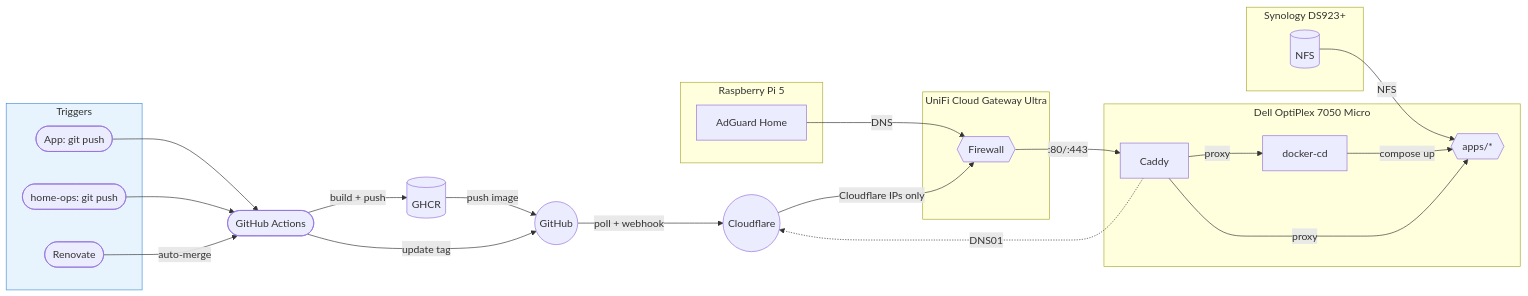
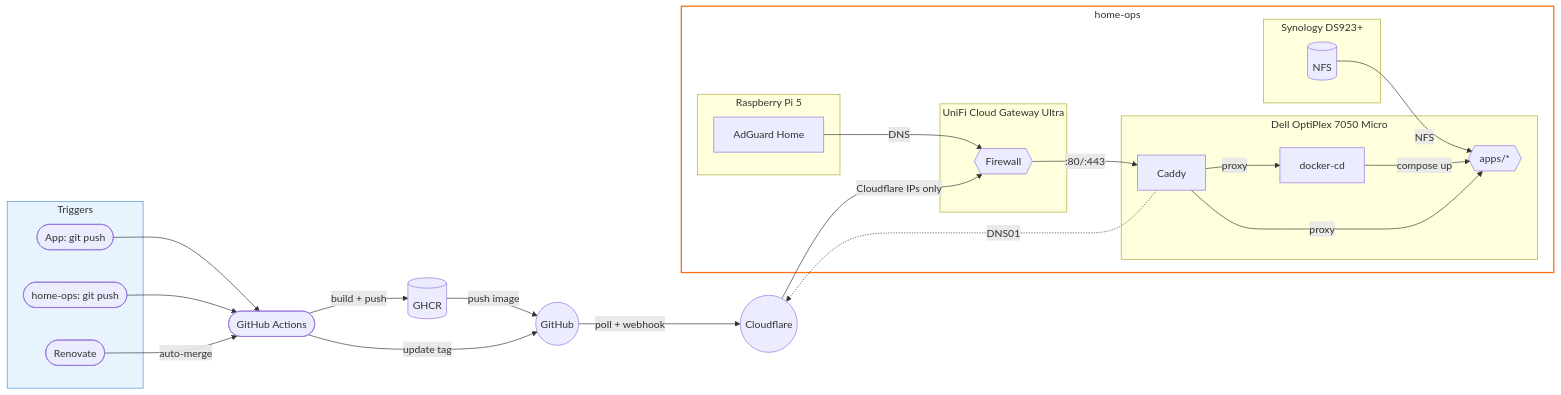
Before and after one commit to wajeht/home-ops: the diagram in README.md, drawn with Mermaid.

Commit message:
docs: visualize home-ops infrastructure with updated architecture diagram

````diff
--- a/README.md
+++ b/README.md
@@ -16,38 +16,42 @@
 ```mermaid
 flowchart LR
     subgraph triggers[Triggers]
         app_push([App: git push])
         ops_push([home-ops: git push])
         renovate([Renovate])
     end
 
     app_push --> ci([GitHub Actions]) -->|build + push| ghcr[(GHCR)]
     ghcr -->|push image| github((GitHub))
     ci -->|update tag| github
     ops_push --> ci
     renovate -->|auto-merge| ci
     github -->|poll + webhook| cf((Cloudflare)) -->|Cloudflare IPs only| unifi -->|:80/:443| caddy -->|proxy| docker_cd
 
-    subgraph dell[Dell OptiPlex 7050 Micro]
-        docker_cd[docker-cd] -->|compose up| apps{{apps/*}}
-        caddy[Caddy] -->|proxy| apps
+    subgraph homeops[home-ops]
+        subgraph dell[Dell OptiPlex 7050 Micro]
+            docker_cd[docker-cd] -->|compose up| apps{{apps/*}}
+            caddy[Caddy] -->|proxy| apps
+        end
+
+        subgraph nas[Synology DS923+]
+            nfs[(NFS)]
+        end
+
+        subgraph ucg[UniFi Cloud Gateway Ultra]
+            unifi{{Firewall}}
+        end
+
+        subgraph pi[Raspberry Pi 5]
+            adguard[AdGuard Home]
+        end
+
+        nfs -->|NFS| apps
+        adguard -->|DNS| unifi
     end
 
-    subgraph nas[Synology DS923+]
-        nfs[(NFS)]
-    end
-
-    subgraph ucg[UniFi Cloud Gateway Ultra]
-        unifi{{Firewall}}
-    end
-
-    subgraph pi[Raspberry Pi 5]
-        adguard[AdGuard Home]
-    end
-
-    nfs -->|NFS| apps
-    adguard -->|DNS| unifi
     caddy -.->|DNS01| cf
 
     style triggers fill:#e8f4fd,stroke:#4a90d9
+    style homeops fill:none,stroke:#f97316,stroke-width:2px
 ```
````
